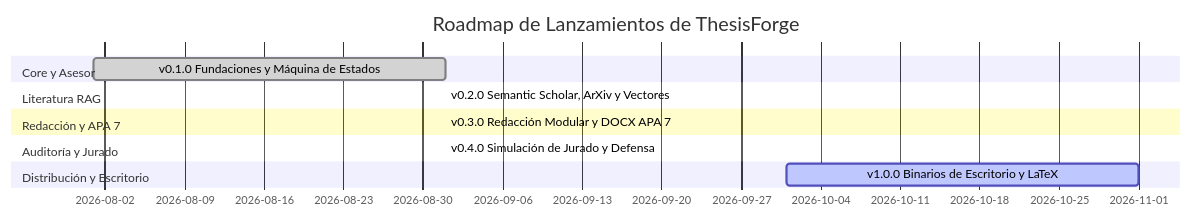
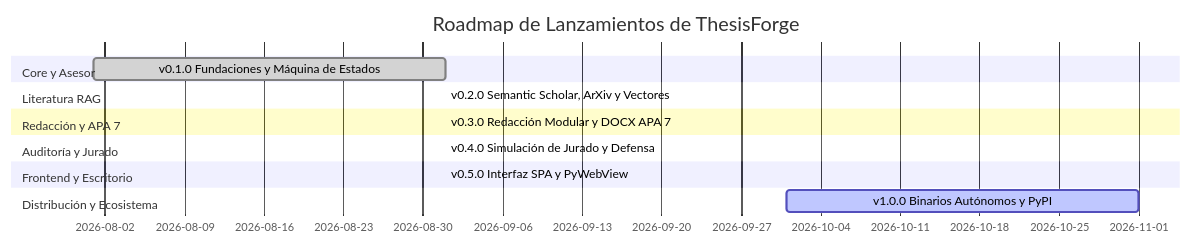
Before and after one commit to oscarbol09/thesisforge: the diagram in ROADMAP.md, drawn with Mermaid. The commit also changed other lines of this file and 3 other files, not shown here.

````diff
--- a/ROADMAP.md
+++ b/ROADMAP.md
@@ -15,15 +15,17 @@
 ```mermaid
 gantt
     title Roadmap de Lanzamientos de ThesisForge
     dateFormat  YYYY-MM
     section Core y Asesor
     v0.1.0 Fundaciones y Máquina de Estados       :done,    des1, 2026-08, 2026-09
     section Literatura RAG
     v0.2.0 Semantic Scholar, ArXiv y Vectores    :done,    des2, 2026-09, 2026-09
     section Redacción y APA 7
     v0.3.0 Redacción Modular y DOCX APA 7        :done,    des3, 2026-09, 2026-09
     section Auditoría y Jurado
     v0.4.0 Simulación de Jurado y Defensa        :done,    des4, 2026-09, 2026-09
-    section Distribución y Escritorio
-    v1.0.0 Binarios de Escritorio y LaTeX        :active,  des5, 2026-10, 2026-11
+    section Frontend y Escritorio
+    v0.5.0 Interfaz SPA y PyWebView              :done,    des5, 2026-09, 2026-09
+    section Distribución y Ecosistema
+    v1.0.0 Binarios Autónomos y PyPI             :active,  des6, 2026-10, 2026-11
 ```
````
